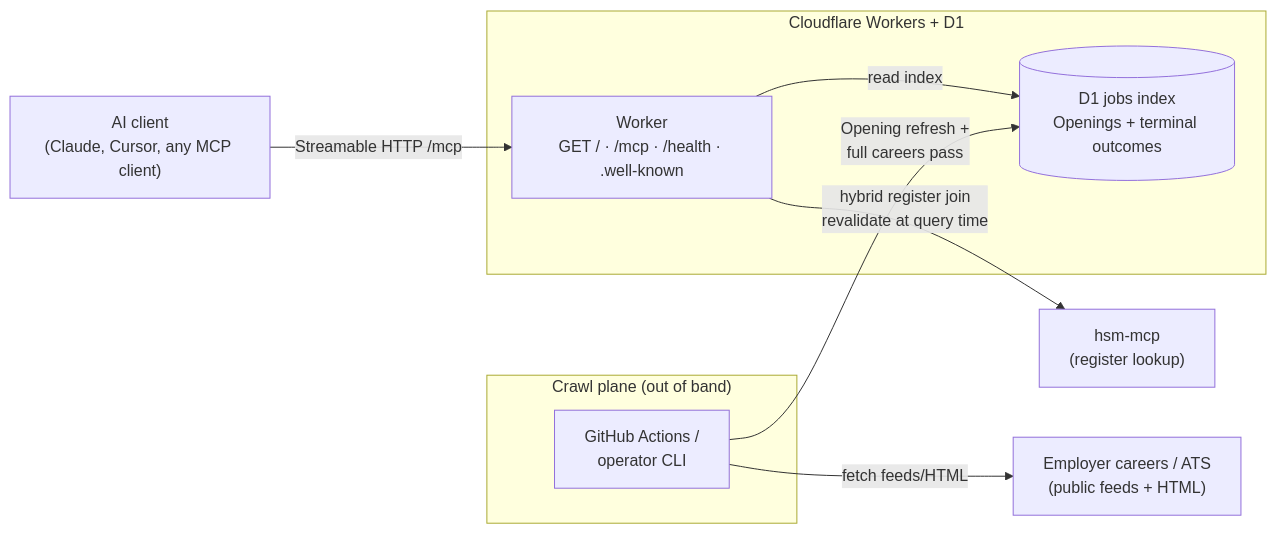
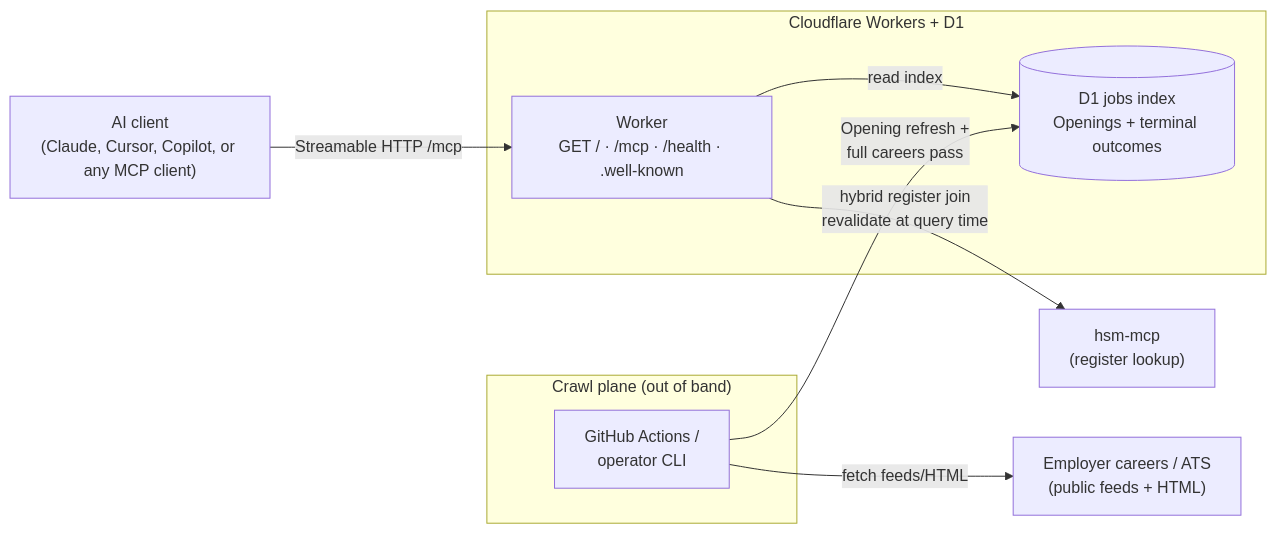
The diagram in README.md (musavvirahmed/hsm-jobs-mcp), drawn with Mermaid before and after one commit. The commit also changed other lines of this file, not shown here.

````diff
--- a/README.md
+++ b/README.md
@@ -74,21 +65,21 @@
 ```mermaid
 flowchart LR
-    client["AI client<br/>(Claude, Cursor, any MCP client)"]
+    client["AI client<br/>(Claude, Cursor, Copilot, or any MCP client)"]
     hsmMcp["hsm-mcp<br/>(register lookup)"]
     careers["Employer careers / ATS<br/>(public feeds + HTML)"]
 
     subgraph crawl["Crawl plane (out of band)"]
         gh["GitHub Actions /<br/>operator CLI"]
     end
 
     subgraph cf["Cloudflare Workers + D1"]
         worker["Worker<br/>GET / · /mcp · /health · .well-known"]
         d1[("D1 jobs index<br/>Openings + terminal outcomes")]
     end
 
     client -- "Streamable HTTP /mcp" --> worker
     worker -- "read index" --> d1
     worker -- "hybrid register join<br/>revalidate at query time" --> hsmMcp
     gh -- "Opening refresh +<br/>full careers pass" --> d1
     gh -- "fetch feeds/HTML" --> careers
 ```
````
